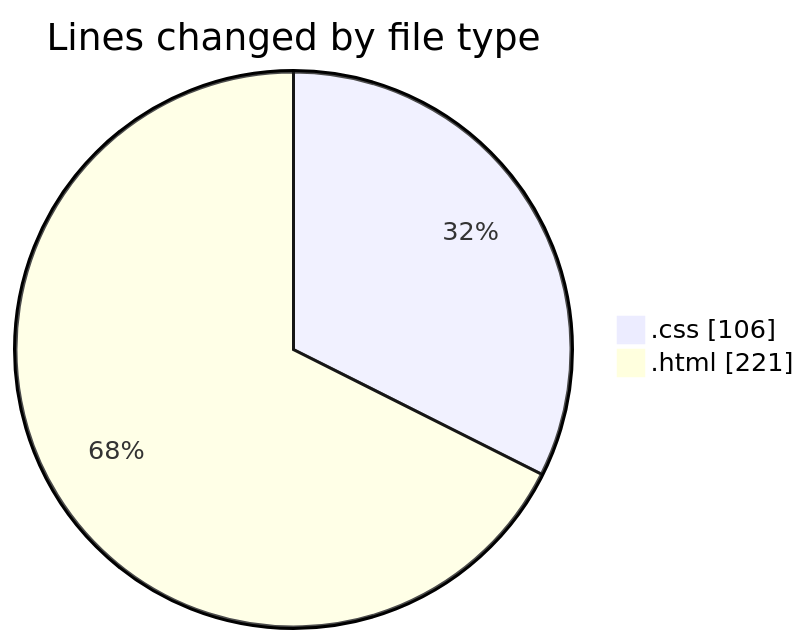
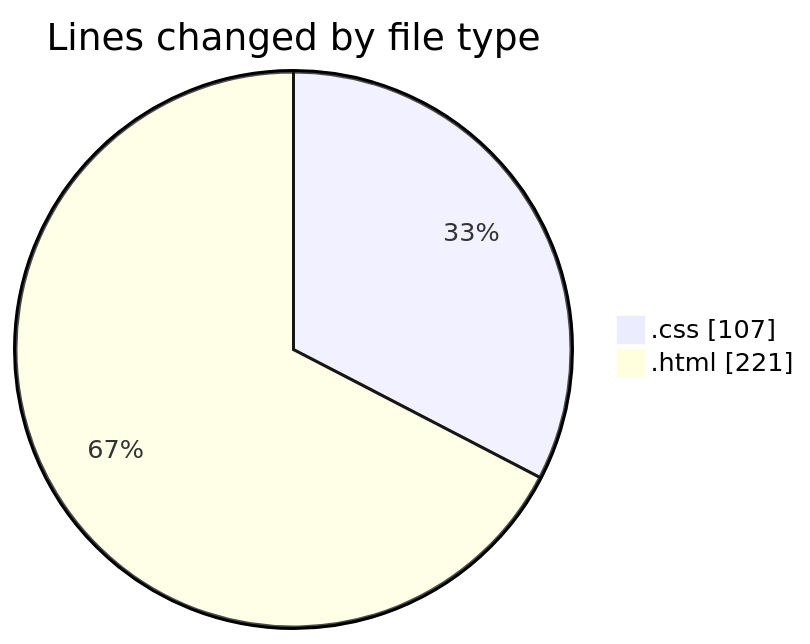
Before and after one commit to NitaiMahat/code-tracking: the first of 2 diagrams in 2025-02-04/recipe-page-main/README.md, drawn with Mermaid. The commit also changed other lines of this file and 1 other file, not shown here.

````diff
--- a/2025-02-04/recipe-page-main/README.md
+++ b/2025-02-04/recipe-page-main/README.md
@@ -21,6 +21,6 @@
 ```mermaid
 pie showData
 title Lines changed by file type
-".css" : 106
+".css" : 107
 ".html" : 221
 ```
````
